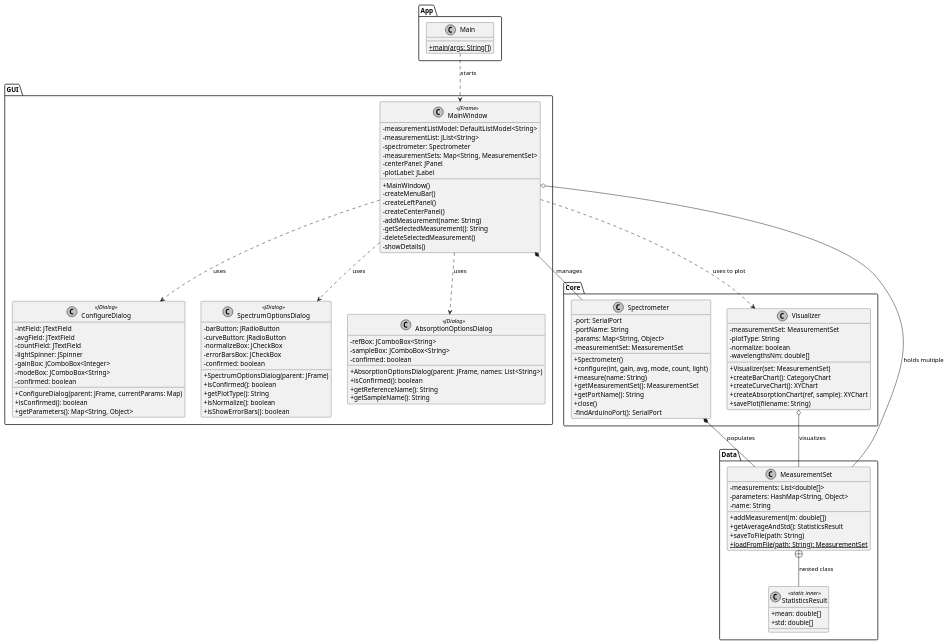
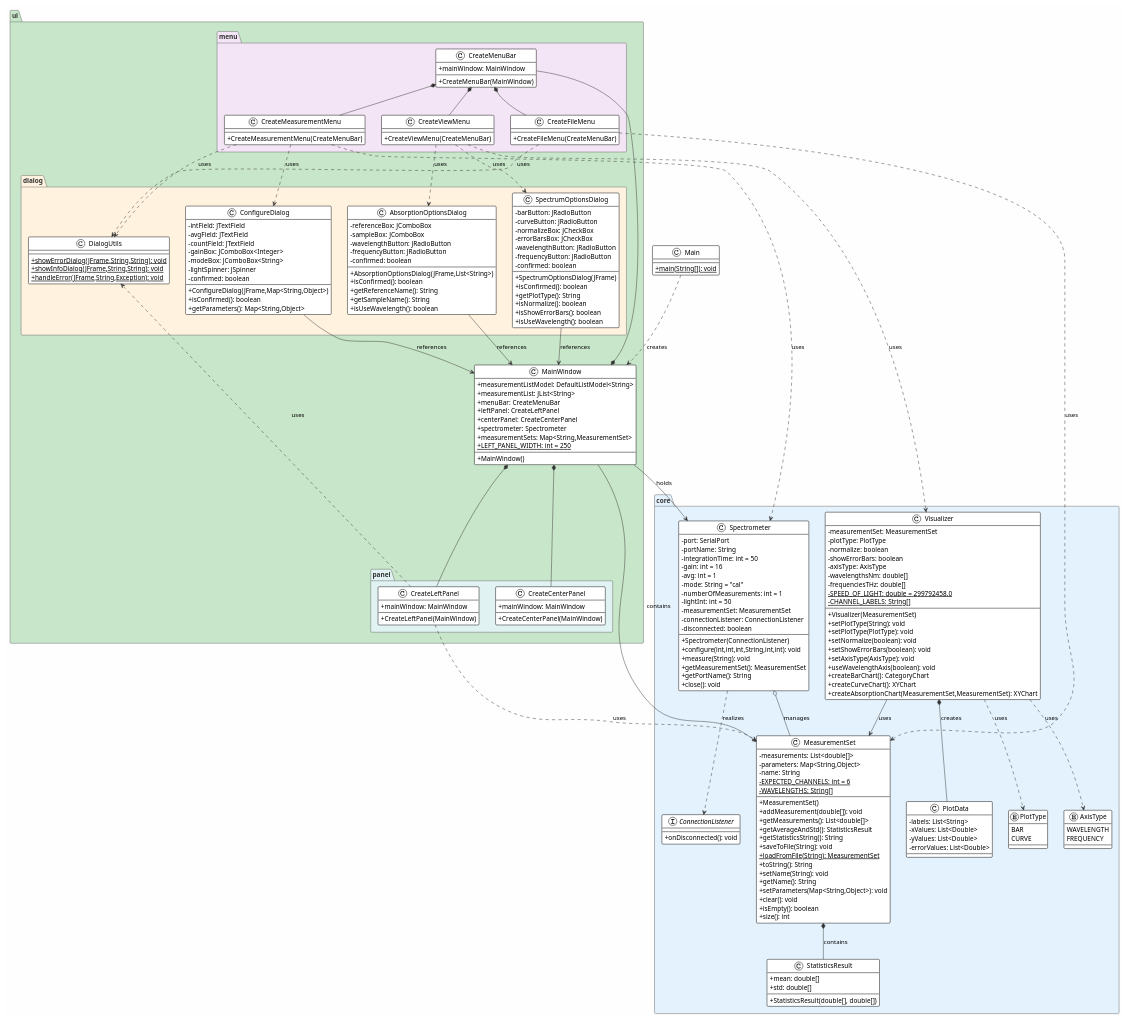
The diagram in Docs/class_diagram.puml (bacstamas/Spectrometer_2026), drawn with PlantUML before and after one commit. The commit also changed 2 other files, not shown here.

Commit message:
Class diagrams for the new structure

```diff
--- a/Docs/class_diagram.puml
+++ b/Docs/class_diagram.puml
@@ -1,125 +1,270 @@
 @startuml
+!theme plain
 skinparam classAttributeIconSize 0
-skinparam monochrome true
-skinparam shadowing false
+skinparam backgroundColor #FEFEFE
+skinparam class {
+    BackgroundColor White
+    BorderColor Black
+    ArrowColor #333333
+}
 
-package "App" {
+' ===== PACKAGE STYLES =====
+skinparam package {
+    BackgroundColor #F0F0F0
+    BorderColor #666666
+    FontColor #333333
+    FontStyle bold
+}
+
+' ===== DEFAULT PACKAGE (Main.java) =====
+'package "default" #FFCCBC {
+    
     class Main {
-        + {static} main(args: String[])
+        + {static} main(String[]): void
+    }
+'}
+
+' ===== CORE PACKAGE =====
+package "core" #E3F2FD {
+    
+    class MeasurementSet {
+        - measurements: List<double[]>
+        - parameters: Map<String,Object>
+        - name: String
+        - {static} EXPECTED_CHANNELS: int = 6
+        - {static} WAVELENGTHS: String[]
+        + MeasurementSet()
+        + addMeasurement(double[]): void
+        + getMeasurements(): List<double[]>
+        + getAverageAndStd(): StatisticsResult
+        + getStatisticsString(): String
+        + saveToFile(String): void
+        + {static} loadFromFile(String): MeasurementSet
+        + toString(): String
+        + setName(String): void
+        + getName(): String
+        + setParameters(Map<String,Object>): void
+        + clear(): void
+        + isEmpty(): boolean
+        + size(): int
+    }
+    
+    class StatisticsResult {
+        + mean: double[]
+        + std: double[]
+        + StatisticsResult(double[], double[])
+    }
+    
+    class Spectrometer {
+        - port: SerialPort
+        - portName: String
+        - integrationTime: int = 50
+        - gain: int = 16
+        - avg: int = 1
+        - mode: String = "cal"
+        - numberOfMeasurements: int = 1
+        - lightInt: int = 50
+        - measurementSet: MeasurementSet
+        - connectionListener: ConnectionListener
+        - disconnected: boolean
+        + Spectrometer(ConnectionListener)
+        + configure(int,int,int,String,int,int): void
+        + measure(String): void
+        + getMeasurementSet(): MeasurementSet
+        + getPortName(): String
+        + close(): void
+    }
+    
+    interface ConnectionListener {
+        + onDisconnected(): void
+    }
+    
+    class Visualizer {
+        - measurementSet: MeasurementSet
+        - plotType: PlotType
+        - normalize: boolean
+        - showErrorBars: boolean
+        - axisType: AxisType
+        - wavelengthsNm: double[]
+        - frequenciesTHz: double[]
+        - {static} SPEED_OF_LIGHT: double = 299792458.0
+        - {static} CHANNEL_LABELS: String[]
+        + Visualizer(MeasurementSet)
+        + setPlotType(String): void
+        + setPlotType(PlotType): void
+        + setNormalize(boolean): void
+        + setShowErrorBars(boolean): void
+        + setAxisType(AxisType): void
+        + useWavelengthAxis(boolean): void
+        + createBarChart(): CategoryChart
+        + createCurveChart(): XYChart
+        + createAbsorptionChart(MeasurementSet,MeasurementSet): XYChart
+    }
+    
+    class PlotData {
+        - labels: List<String>
+        - xValues: List<Double>
+        - yValues: List<Double>
+        - errorValues: List<Double>
+    }
+    
+    enum PlotType {
+        BAR
+        CURVE
+    }
+    
+    enum AxisType {
+        WAVELENGTH
+        FREQUENCY
     }
 }
 
-package "GUI" {
-    class MainWindow <<JFrame>> {
-        - measurementListModel: DefaultListModel<String>
-        - measurementList: JList<String>
-        - spectrometer: Spectrometer
-        - measurementSets: Map<String, MeasurementSet>
-        - centerPanel: JPanel
-        - plotLabel: JLabel
+' ===== UI PACKAGE =====
+package "ui" #C8E6C9 {
+    
+    class MainWindow {
+        + measurementListModel: DefaultListModel<String>
+        + measurementList: JList<String>
+        + menuBar: CreateMenuBar
+        + leftPanel: CreateLeftPanel
+        + centerPanel: CreateCenterPanel
+        + spectrometer: Spectrometer
+        + measurementSets: Map<String,MeasurementSet>
+        + {static} LEFT_PANEL_WIDTH: int = 250
         + MainWindow()
-        - createMenuBar()
-        - createLeftPanel()
-        - createCenterPanel()
-        - addMeasurement(name: String)
-        - getSelectedMeasurement(): String
-        - deleteSelectedMeasurement()
-        - showDetails()
     }
+}
 
-    class ConfigureDialog <<JDialog>> {
+' ===== UI.DIALOG PACKAGE =====
+package "ui.dialog" #FFF3E0 {
+    
+    class AbsorptionOptionsDialog {
+        - referenceBox: JComboBox
+        - sampleBox: JComboBox
+        - wavelengthButton: JRadioButton
+        - frequencyButton: JRadioButton
+        - confirmed: boolean
+        + AbsorptionOptionsDialog(JFrame,List<String>)
+        + isConfirmed(): boolean
+        + getReferenceName(): String
+        + getSampleName(): String
+        + isUseWavelength(): boolean
+    }
+    
+    class ConfigureDialog {
         - intField: JTextField
         - avgField: JTextField
         - countField: JTextField
-        - lightSpinner: JSpinner
         - gainBox: JComboBox<Integer>
         - modeBox: JComboBox<String>
+        - lightSpinner: JSpinner
         - confirmed: boolean
-        + ConfigureDialog(parent: JFrame, currentParams: Map)
+        + ConfigureDialog(JFrame,Map<String,Object>)
         + isConfirmed(): boolean
-        + getParameters(): Map<String, Object>
+        + getParameters(): Map<String,Object>
     }
-
-    class SpectrumOptionsDialog <<JDialog>> {
+    
+    class DialogUtils {
+        + {static} showErrorDialog(JFrame,String,String): void
+        + {static} showInfoDialog(JFrame,String,String): void
+        + {static} handleError(JFrame,String,Exception): void
+    }
+    
+    class SpectrumOptionsDialog {
         - barButton: JRadioButton
         - curveButton: JRadioButton
         - normalizeBox: JCheckBox
         - errorBarsBox: JCheckBox
+        - wavelengthButton: JRadioButton
+        - frequencyButton: JRadioButton
         - confirmed: boolean
-        + SpectrumOptionsDialog(parent: JFrame)
+        + SpectrumOptionsDialog(JFrame)
         + isConfirmed(): boolean
         + getPlotType(): String
         + isNormalize(): boolean
         + isShowErrorBars(): boolean
-    }
-
-    class AbsorptionOptionsDialog <<JDialog>> {
-        - refBox: JComboBox<String>
-        - sampleBox: JComboBox<String>
-        - confirmed: boolean
-        + AbsorptionOptionsDialog(parent: JFrame, names: List<String>)
-        + isConfirmed(): boolean
-        + getReferenceName(): String
-        + getSampleName(): String
+        + isUseWavelength(): boolean
     }
 }
 
-package "Core" {
-    class Spectrometer {
-        - port: SerialPort
-        - portName: String
-        - params: Map<String, Object>
-        - measurementSet: MeasurementSet
-        + Spectrometer()
-        + configure(int, gain, avg, mode, count, light)
-        + measure(name: String)
-        + getMeasurementSet(): MeasurementSet
-        + getPortName(): String
-        + close()
-        - findArduinoPort(): SerialPort
+' ===== UI.MENU PACKAGE =====
+package "ui.menu" #F3E5F5 {
+    
+    class CreateMenuBar {
+        + mainWindow: MainWindow
+        + CreateMenuBar(MainWindow)
     }
-
-    class Visualizer {
-        - measurementSet: MeasurementSet
-        - plotType: String
-        - normalize: boolean
-        - wavelengthsNm: double[]
-        + Visualizer(set: MeasurementSet)
-        + createBarChart(): CategoryChart
-        + createCurveChart(): XYChart
-        + createAbsorptionChart(ref, sample): XYChart
-        + savePlot(filename: String)
+    
+    class CreateFileMenu {
+        + CreateFileMenu(CreateMenuBar)
+    }
+    
+    class CreateMeasurementMenu {
+        + CreateMeasurementMenu(CreateMenuBar)
+    }
+    
+    class CreateViewMenu {
+        + CreateViewMenu(CreateMenuBar)
     }
 }
 
-package "Data" {
-    class MeasurementSet {
-        - measurements: List<double[]>
-        - parameters: HashMap<String, Object>
-        - name: String
-        + addMeasurement(m: double[])
-        + getAverageAndStd(): StatisticsResult
-        + saveToFile(path: String)
-        + {static} loadFromFile(path: String): MeasurementSet
+' ===== UI.PANEL PACKAGE =====
+package "ui.panel" #E0F2F1 {
+    
+    class CreateCenterPanel {
+        + mainWindow: MainWindow
+        + CreateCenterPanel(MainWindow)
     }
-
-    class StatisticsResult <<static inner>> {
-        + mean: double[]
-        + std: double[]
+    
+    class CreateLeftPanel {
+        + mainWindow: MainWindow
+        + CreateLeftPanel(MainWindow)
     }
 }
 
-' Relationships
-Main ..> MainWindow : starts
-MainWindow *-- Spectrometer : manages
-MainWindow o-- MeasurementSet : holds multiple
-MainWindow ..> ConfigureDialog : uses
-MainWindow ..> SpectrumOptionsDialog : uses
-MainWindow ..> AbsorptionOptionsDialog : uses
-MainWindow ..> Visualizer : uses to plot
+' ===== RELATIONSHIPS =====
 
-Spectrometer *-- MeasurementSet : populates
-Visualizer o-- MeasurementSet : visualizes
-MeasurementSet +-- StatisticsResult : nested class
+' Core internal relationships
+MeasurementSet *-- StatisticsResult : "contains"
+Spectrometer o-- MeasurementSet : "manages"
+Spectrometer ..> ConnectionListener : "realizes"
+Visualizer --> MeasurementSet : "uses"
+Visualizer *-- PlotData : "creates"
+Visualizer ..> PlotType : "uses"
+Visualizer ..> AxisType : "uses"
+
+' UI to Core relationships
+MainWindow --> Spectrometer : "holds"
+MainWindow --> MeasurementSet : "contains"
+MainWindow *-- CreateMenuBar
+MainWindow *-- CreateLeftPanel
+MainWindow *-- CreateCenterPanel
+
+' Menu composition (whole-part)
+CreateMenuBar *-- CreateFileMenu
+CreateMenuBar *-- CreateMeasurementMenu
+CreateMenuBar *-- CreateViewMenu
+
+' Menu dependencies
+CreateFileMenu ..> MeasurementSet : "uses"
+CreateFileMenu ..> DialogUtils : "uses"
+CreateMeasurementMenu ..> Spectrometer : "uses"
+CreateMeasurementMenu ..> ConfigureDialog : "uses"
+CreateMeasurementMenu ..> DialogUtils : "uses"
+CreateViewMenu ..> Visualizer : "uses"
+CreateViewMenu ..> SpectrumOptionsDialog : "uses"
+CreateViewMenu ..> AbsorptionOptionsDialog : "uses"
+
+' Panel dependencies
+CreateLeftPanel ..> MeasurementSet : "uses"
+CreateLeftPanel ..> DialogUtils : "uses"
+
+' Dialog dependencies
+AbsorptionOptionsDialog --> MainWindow : "references"
+ConfigureDialog --> MainWindow : "references"
+SpectrumOptionsDialog --> MainWindow : "references"
+
+' Entry point
+Main ..> MainWindow : "creates"
 
 @enduml
```
